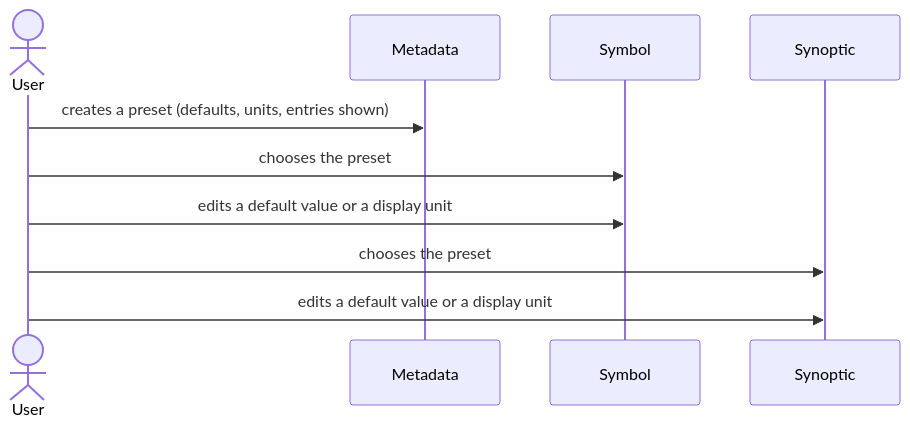
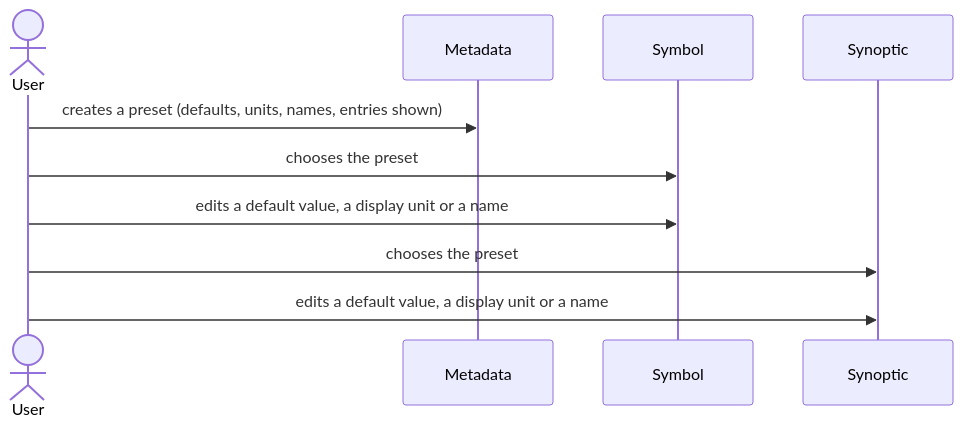
Before and after one commit to AlexandreGallais/synoptic-studio-spec: the first of 2 diagrams in metadata/09-presets.md, drawn with Mermaid. The commit also changed other lines of this file and 18 other files, not shown here.

````diff
--- a/metadata/09-presets.md
+++ b/metadata/09-presets.md
@@ -20,12 +21,12 @@
 ```mermaid
 sequenceDiagram
     actor U as User
     participant MD as Metadata
     participant SY as Symbol
     participant SN as Synoptic
-    U->>MD: creates a preset (defaults, units, entries shown)
+    U->>MD: creates a preset (defaults, units, names, entries shown)
     U->>SY: chooses the preset
-    U->>SY: edits a default value or a display unit
+    U->>SY: edits a default value, a display unit or a name
     U->>SN: chooses the preset
-    U->>SN: edits a default value or a display unit
+    U->>SN: edits a default value, a display unit or a name
 ```
````
